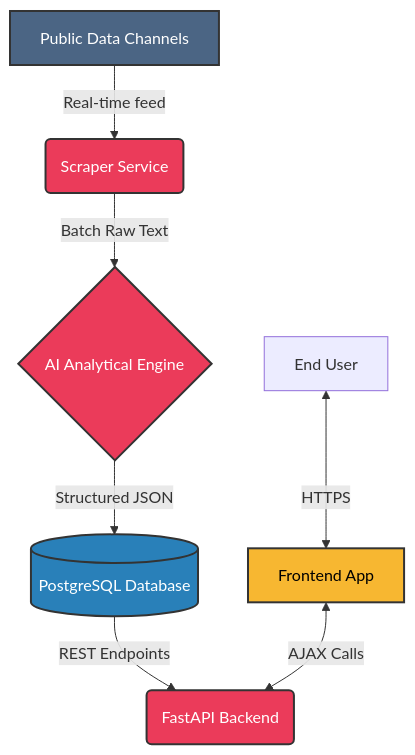
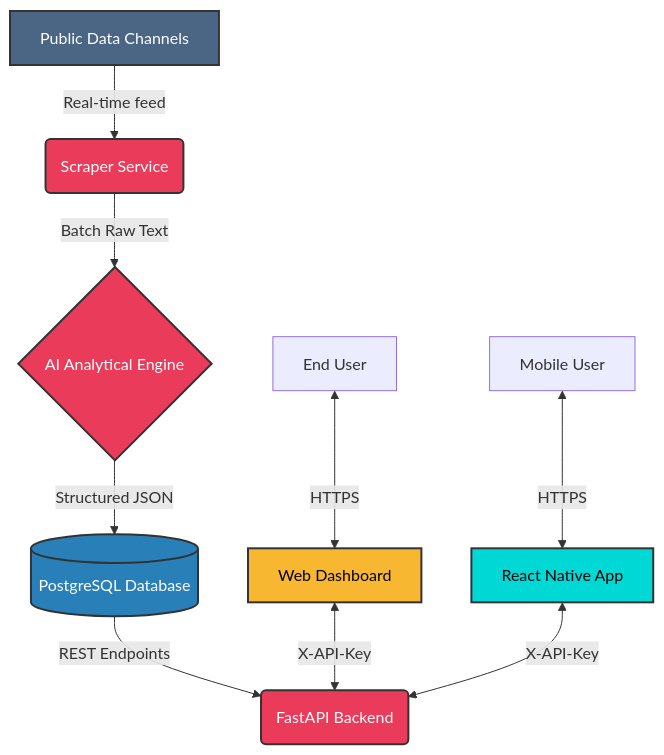
The diagram in README.md (burmeseitman/burmaduta), drawn with Mermaid before and after one commit. The commit also changed other lines of this file and 48 other files, not shown here.

Commit message:
feat: add mobile app and secure API with X-API-Key

````diff
--- a/README.md
+++ b/README.md
@@ -44,21 +45,26 @@
 ```mermaid
 graph TD
     A[Public Data Channels] -->|Real-time feed| B(Scraper Service)
     B -->|Batch Raw Text| C{AI Analytical Engine}
     C -->|Structured JSON| D[(PostgreSQL Database)]
     
     D -->|REST Endpoints| E(FastAPI Backend)
     
-    F[End User] <-->|HTTPS| G[Frontend App]
-    G <-->|AJAX Calls| E
+    F[End User] <-->|HTTPS| G[Web Dashboard]
+    H[Mobile User] <-->|HTTPS| I[React Native App]
+    
+    G <-->|X-API-Key| E
+    I <-->|X-API-Key| E
     
     classDef frontend fill:#f7b731,stroke:#333,stroke-width:2px,color:#000;
+    classDef mobile fill:#00d8d6,stroke:#333,stroke-width:2px,color:#000;
     classDef backend fill:#eb3b5a,stroke:#333,stroke-width:2px,color:#fff;
     classDef database fill:#2980b9,stroke:#333,stroke-width:2px,color:#fff;
     classDef external fill:#4b6584,stroke:#333,stroke-width:2px,color:#fff;
     
     class G frontend;
+    class I mobile;
     class B,C,E backend;
     class D database;
     class A external;
 ```
````
